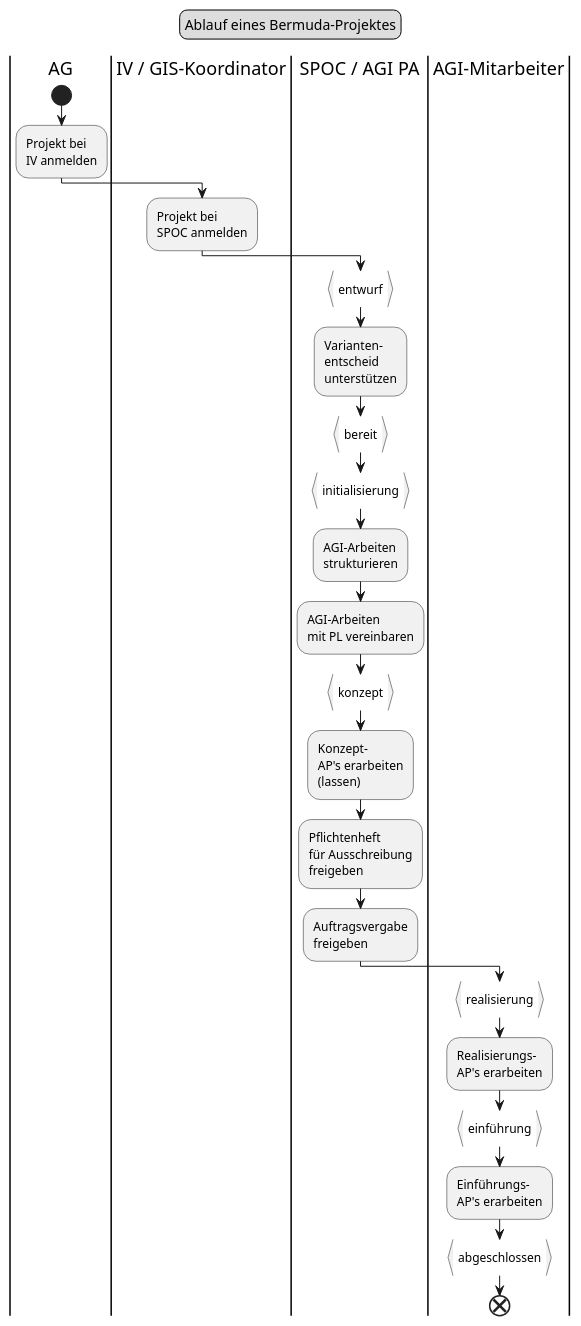
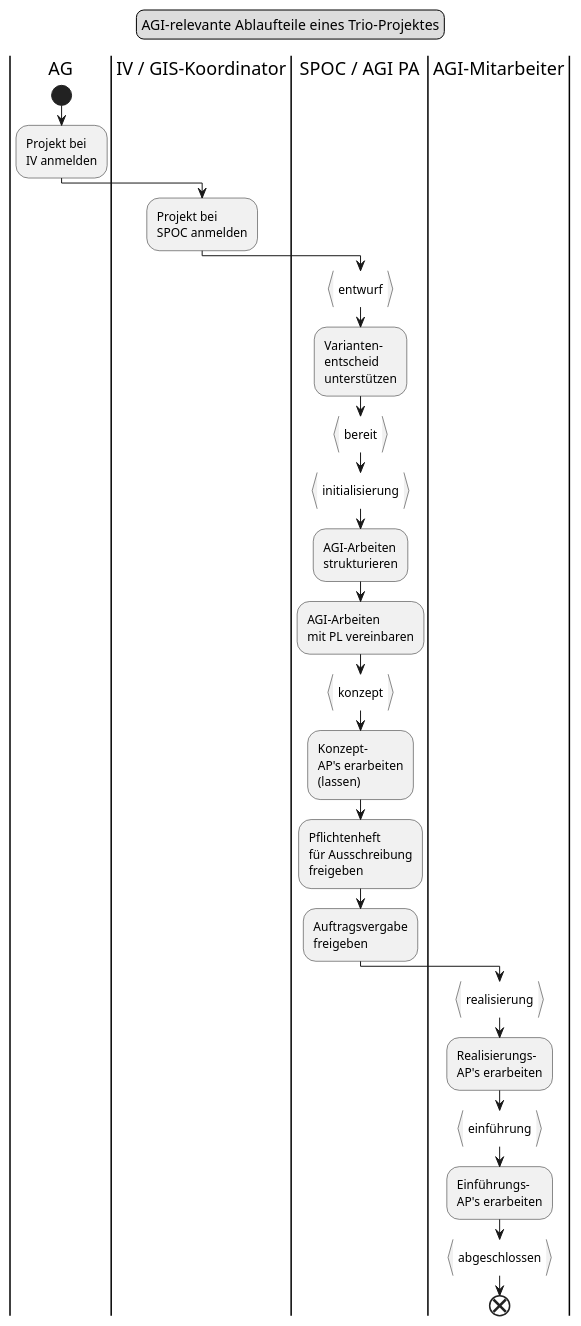
The diagram in puml/src/flow_trioprojekt.puml (ojeker/docktick), drawn with PlantUML before and after one commit. The commit also changed 5 other files, not shown here.

```diff
--- a/puml/src/flow_trioprojekt.puml
+++ b/puml/src/flow_trioprojekt.puml
@@ -1,41 +1,41 @@
 @startuml
 legend top
-	Ablauf eines Bermuda-Projektes
+	AGI-relevante Ablaufteile eines Trio-Projektes
 end legend
 |AG|
 start
 :Projekt bei
 IV anmelden;
 |IV / GIS-Koordinator|
 :Projekt bei
 SPOC anmelden;
 |SPOC / AGI PA|
 :entwurf}
 :Varianten-
 entscheid
 unterstützen;
 :bereit}
 :initialisierung}
 :AGI-Arbeiten
 strukturieren;
 :AGI-Arbeiten
 mit PL vereinbaren;
 :konzept}
 :Konzept-
 AP's erarbeiten
 (lassen);
 :Pflichtenheft
 für Ausschreibung
 freigeben;
 :Auftragsvergabe
 freigeben;
 |AGI-Mitarbeiter|
 :realisierung}
 :Realisierungs-
 AP's erarbeiten;
 :einführung}
 :Einführungs-
 AP's erarbeiten;
 :abgeschlossen}
 end
 @enduml
```
